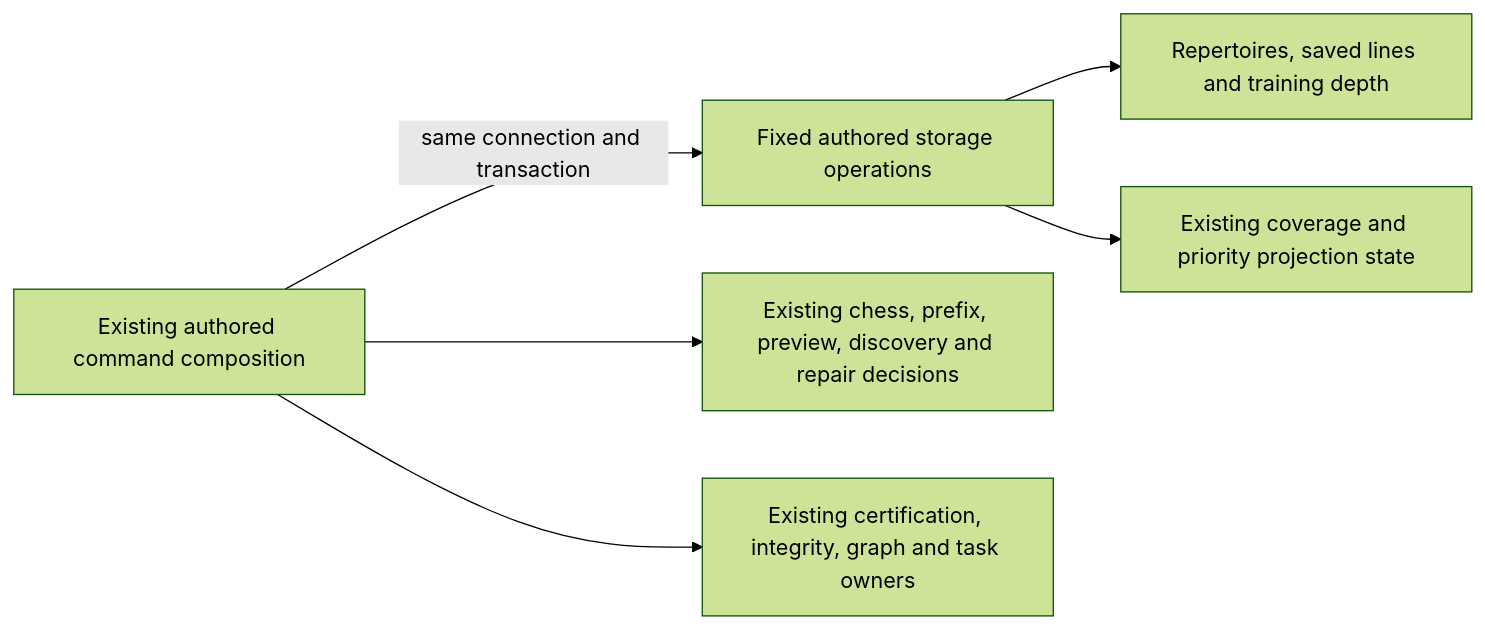
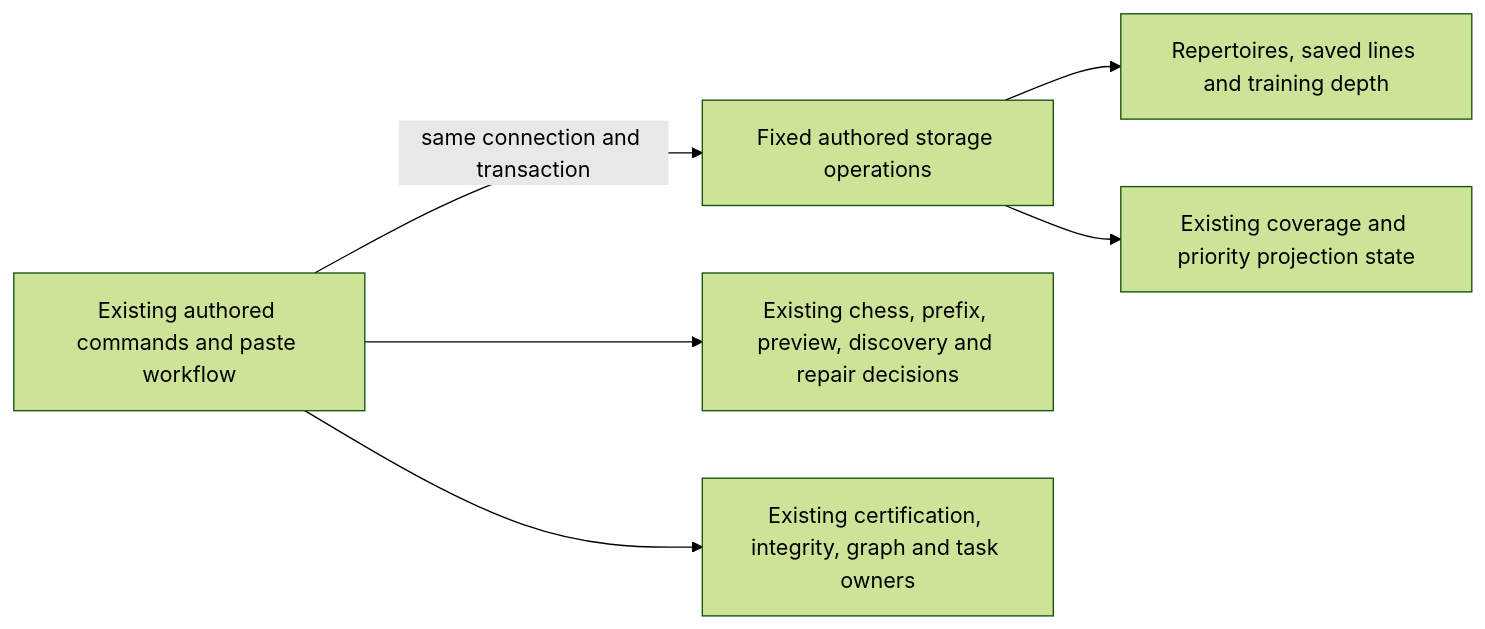
Before and after one commit to aaweaver-actuary/tempo: the diagram in database/tempo_legacy_database/adapters/authored_repertoires/README.md, drawn with Mermaid (forest theme). The commit also changed other lines of this file and 5 other files, not shown here.

Commit message:
Move pasted analysis persistence into authored repertoire storage

````diff
--- a/database/tempo_legacy_database/adapters/authored_repertoires/README.md
+++ b/database/tempo_legacy_database/adapters/authored_repertoires/README.md
@@ -12,8 +13,8 @@
 ```mermaid
 flowchart LR
-  command[Existing authored command composition] -->|same connection and transaction| storage[Fixed authored storage operations]
+  command[Existing authored commands and paste workflow] -->|same connection and transaction| storage[Fixed authored storage operations]
   command --> validation[Existing chess, prefix, preview, discovery and repair decisions]
   storage --> source[Repertoires, saved lines and training depth]
   storage --> derived[Existing coverage and priority projection state]
   command --> callbacks[Existing certification, integrity, graph and task owners]
 ```
````
